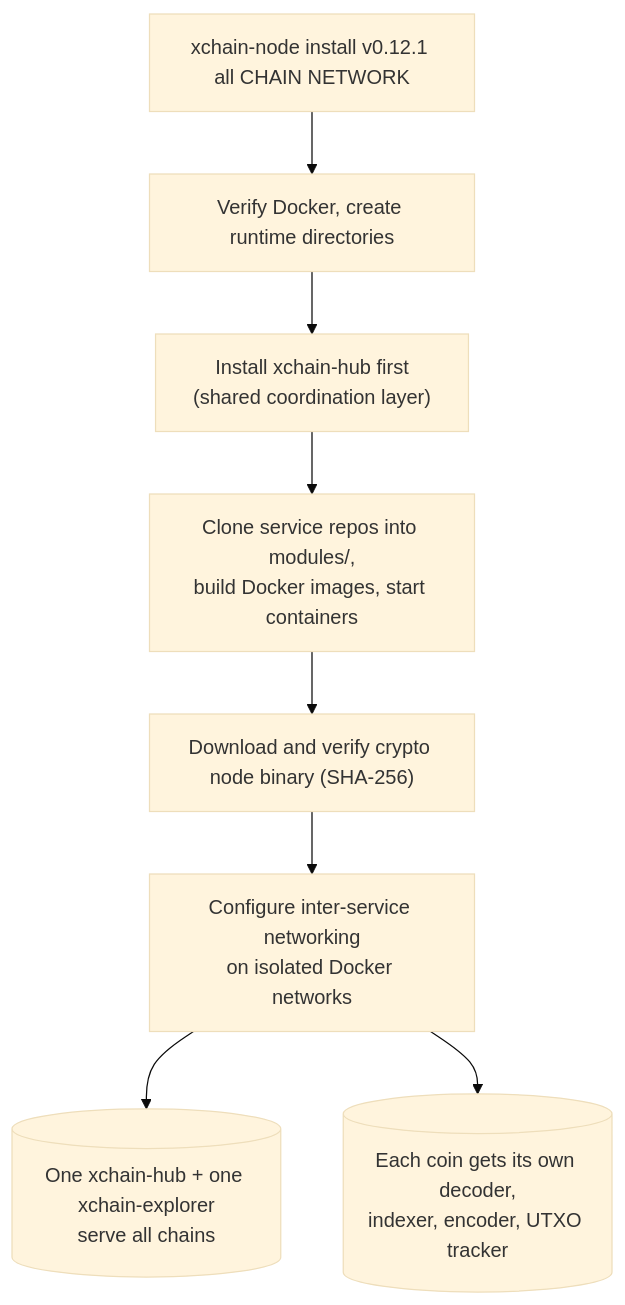
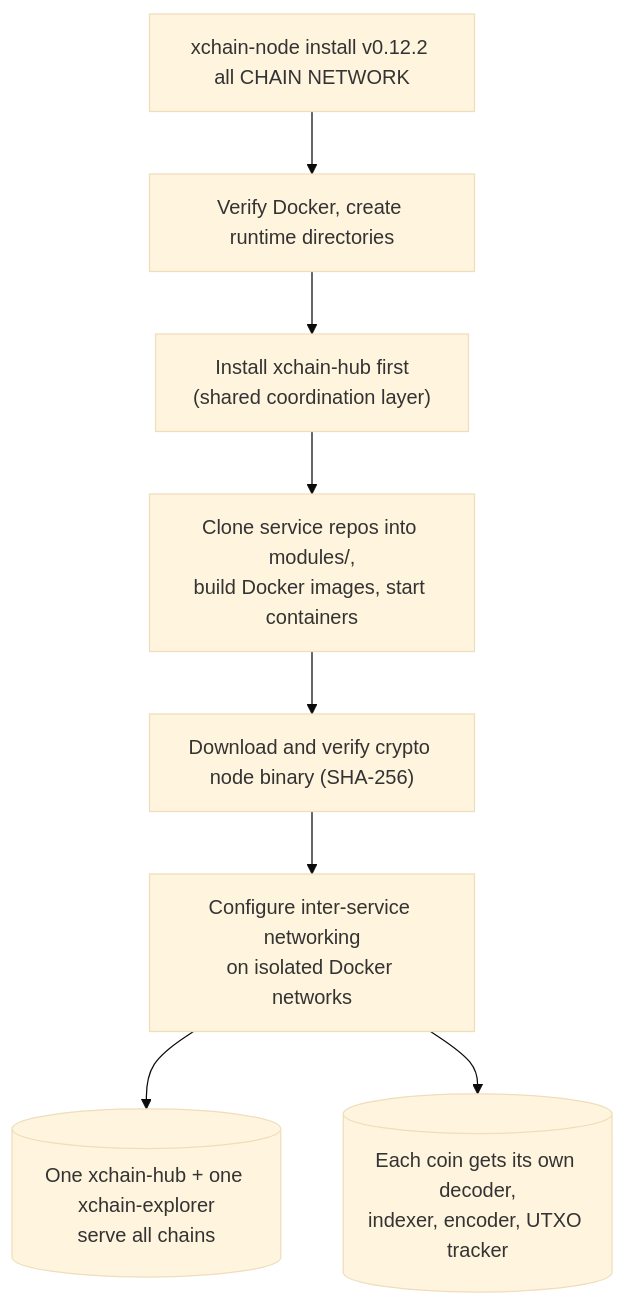
The diagram in getting-started/quickstart-node-operator.md (XChain-Platform/xchain-documentation), drawn with Mermaid (base theme) before and after one commit. The commit also changed other lines of this file and 10 other files, not shown here.

````diff
--- a/getting-started/quickstart-node-operator.md
+++ b/getting-started/quickstart-node-operator.md
@@ -115,10 +115,10 @@
 ```mermaid
 flowchart TD
-    A["xchain-node install v0.12.1 all CHAIN NETWORK"] --> B["Verify Docker, create runtime directories"]
+    A["xchain-node install v0.12.2 all CHAIN NETWORK"] --> B["Verify Docker, create runtime directories"]
     B --> C["Install xchain-hub first<br>(shared coordination layer)"]
     C --> D["Clone service repos into modules/,<br>build Docker images, start containers"]
     D --> E["Download and verify crypto node binary (SHA-256)"]
     E --> F["Configure inter-service networking<br>on isolated Docker networks"]
     F --> G[("One xchain-hub + one xchain-explorer<br>serve all chains")]
     F --> H[("Each coin gets its own decoder,<br>indexer, encoder, UTXO tracker")]
 ```
````
